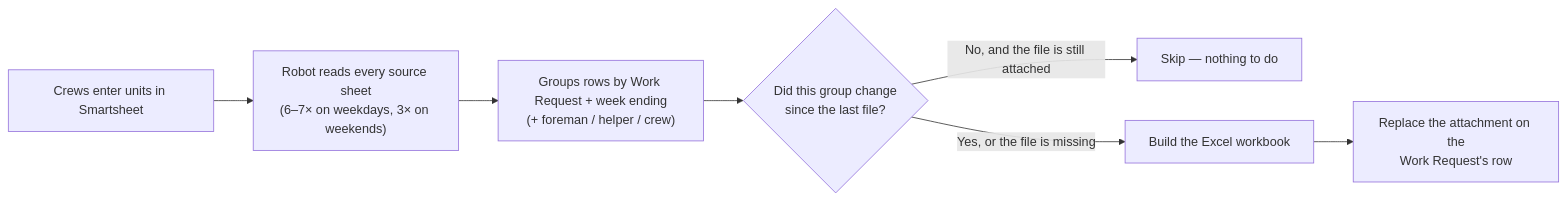
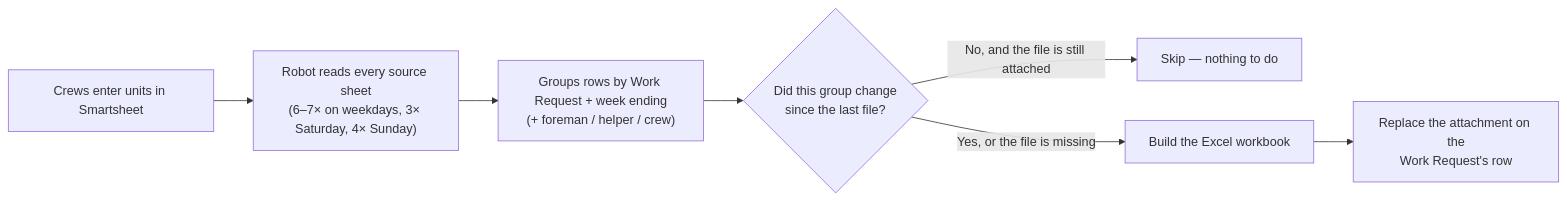
Before and after one commit to JFlo21/Generate-Weekly-PDFs-DSR-Resiliency: the diagram in website/docs/learn/for-operators.md, drawn with Mermaid. The commit also changed other lines of this file and 3 other files, not shown here.

````diff
--- a/website/docs/learn/for-operators.md
+++ b/website/docs/learn/for-operators.md
@@ -25,9 +25,9 @@
 ```mermaid
 flowchart LR
-    A["Crews enter units in Smartsheet"] --> B["Robot reads every source sheet<br/>(6–7× on weekdays, 3× on weekends)"]
+    A["Crews enter units in Smartsheet"] --> B["Robot reads every source sheet<br/>(6–7× on weekdays, 3× Saturday, 4× Sunday)"]
     B --> C["Groups rows by Work Request + week ending<br/>(+ foreman / helper / crew)"]
     C --> D{"Did this group change<br/>since the last file?"}
     D -- "No, and the file is still attached" --> E["Skip — nothing to do"]
     D -- "Yes, or the file is missing" --> F["Build the Excel workbook"]
     F --> G["Replace the attachment on the<br/>Work Request's row"]
 ```
````
